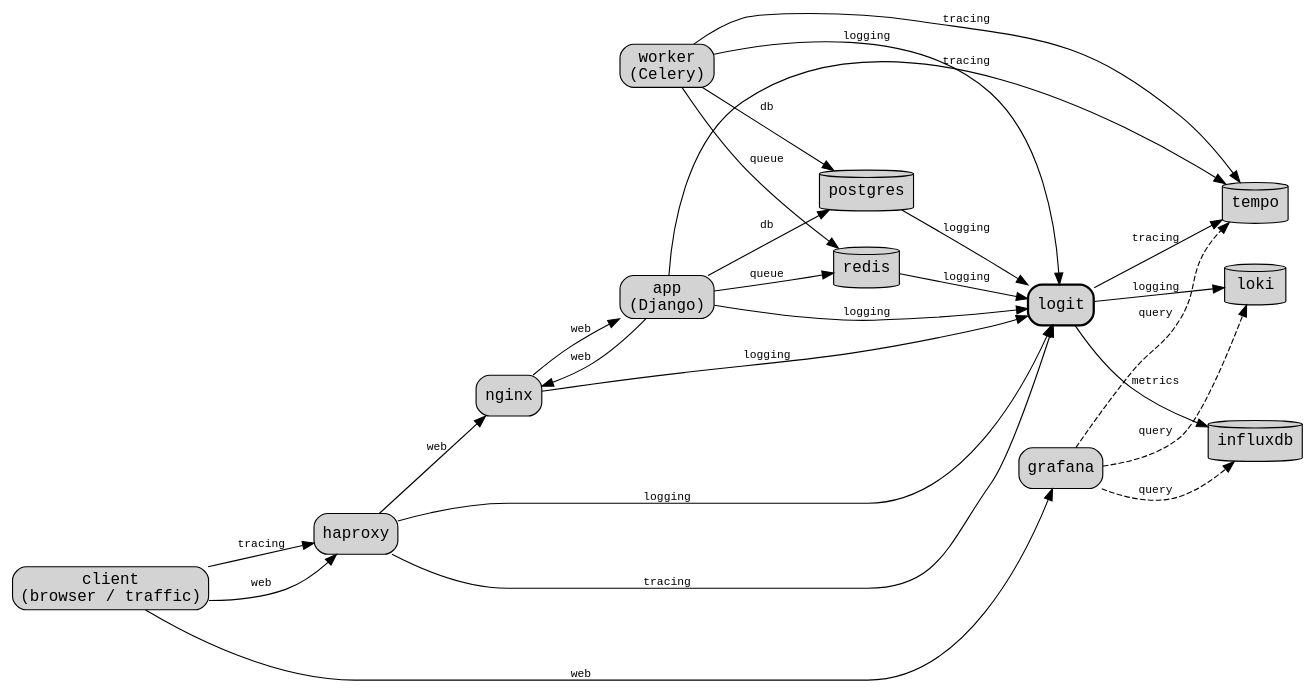
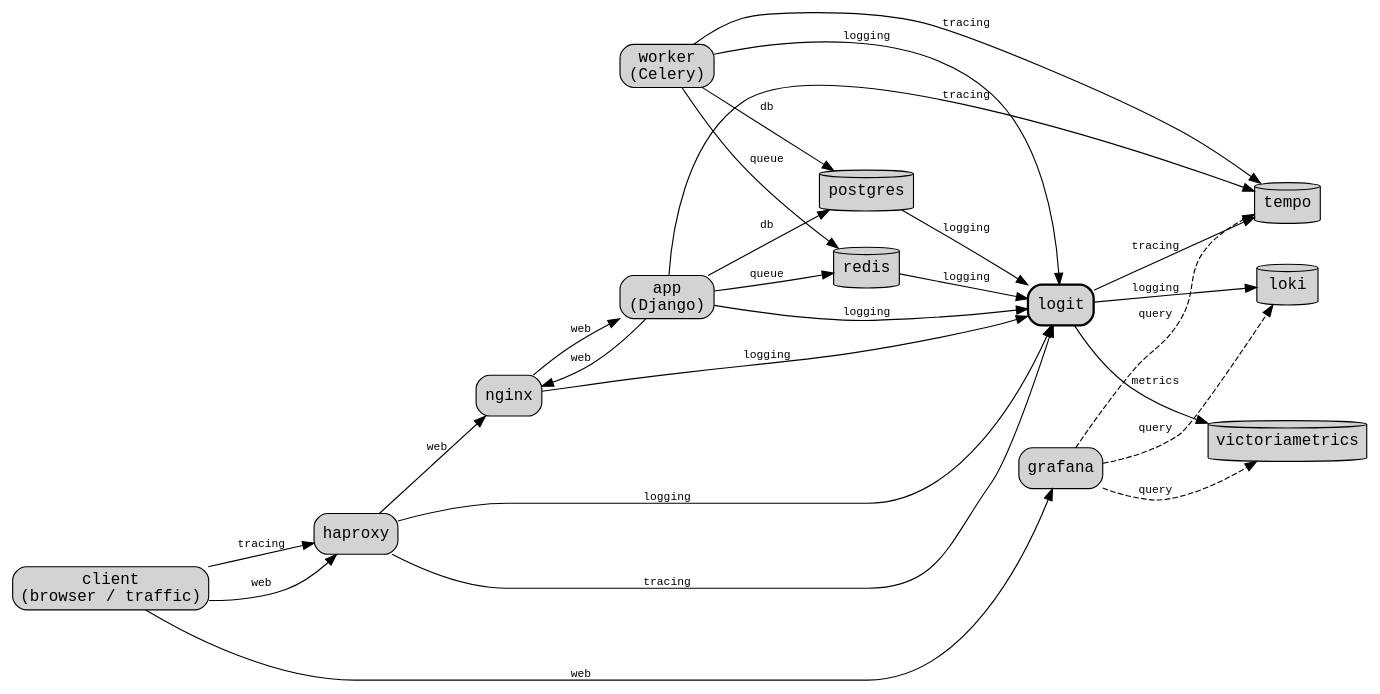
Before and after one commit to ross/logit: the diagram in demo/architecture.dot, drawn with Graphviz. The commit also changed 4 other files, not shown here.

```diff
--- a/demo/architecture.dot
+++ b/demo/architecture.dot
@@ -1,122 +1,122 @@
 // The demo stack's service architecture: who talks to whom, and what *kind* of traffic each
 // edge carries (web / logging / tracing / metrics / db / queue / query). demo/logit.yaml's
 // pipeline diagram (rendered live by `logit graph`, shown below this one on the landing page)
 // covers the other half: `logit`'s internal component graph and the wire protocol each edge
 // uses. The two are deliberately complementary, not overlapping.
 //
 // Hand-authored, not generated: unlike the pipeline diagram, there's no single machine-readable
 // source this could be derived from. "Traffic type" is a human judgment call spanning
 // demo/compose.yaml, demo/logit.yaml, and demo/app/gunicorn.conf.py. So this file CAN drift from
 // reality: when the topology changes, update it by hand alongside the change.
 //
 // Rendered the same way as the pipeline diagram (demo/compose.yaml's `arch-svg`, reusing
 // demo/graph-renderer's Graphviz image), minus the generation step, since this file is already
 // the source.
 digraph architecture {
   rankdir=LR;
   nodesep=0.45;
   ranksep=0.7;
   node [fontname="monospace"];
   edge [fontname="monospace", fontsize=10];
 
   // `style="filled,..."` with no explicit `fillcolor`, matching crates/logit-cli/src/dot.rs's
   // node styling exactly, so both diagrams use the same default Graphviz lightgrey.
 
   // One node for both the real browser and demo/compose.yaml's `traffic` generator: from
   // haproxy's (or grafana's) point of view they're indistinguishable, and `traffic` exists only
   // to generate demo load, not as part of the architecture proper.
   client [shape=box, style="filled,rounded", label="client\n(browser / traffic)"];
 
   haproxy [shape=box, style="filled,rounded"];
   nginx   [shape=box, style="filled,rounded"];
   app     [shape=box, style="filled,rounded", label="app\n(Django)"];
   worker  [shape=box, style="filled,rounded", label="worker\n(Celery)"];
   logit   [shape=box, style="filled,rounded,bold"];
   grafana [shape=box, style="filled,rounded"];
 
   // Cylinders for the five data stores, the one shape this diagram uses that the pipeline
   // diagram doesn't. `logit graph`'s vocabulary doesn't distinguish "a backend that holds data"
   // from any other sink, but at the architecture level that distinction is the point. `redis` is
   // a broker rather than held data like the other four, but it's grouped here rather than given
   // a sixth shape for one node.
-  loki     [shape=cylinder, style=filled];
-  tempo    [shape=cylinder, style=filled];
-  influxdb [shape=cylinder, style=filled];
-  postgres [shape=cylinder, style=filled];
-  redis    [shape=cylinder, style=filled];
+  loki            [shape=cylinder, style=filled];
+  tempo           [shape=cylinder, style=filled];
+  victoriametrics [shape=cylinder, style=filled];
+  postgres        [shape=cylinder, style=filled];
+  redis           [shape=cylinder, style=filled];
 
   // -- Web: the request path, plus the re-entrant hop `/work` adds -------------------------
   // (docs/plans/demo-richer-traces.md): app calling back into nginx's /inner is a second,
   // independent "web" edge in the opposite direction from nginx -> app, not a reuse of it. The
   // request genuinely re-enters the chain partway rather than looping in place.
   client  -> haproxy [label="web"];
   haproxy -> nginx   [label="web"];
   nginx   -> app     [label="web"];
   app     -> nginx   [label="web"];
   client  -> grafana [label="web"];
 
   // -- Logging: every tier's logs reach `logit` ---------------------------------------------
   // haproxy's, app's, and worker's over syslog. nginx's, redis's, and postgres's are tailed by
   // `logit` directly off the host: nginx's and redis's Docker json-file logs
   // (docs/adr/file-tailing-and-docker-json-logs.md, this demo's end-to-end proof for that ADR)
   // and postgres's rotating jsonlog directory (`tail_in`, docs/plans/demo-richer-traces.md).
   // Either way it's one "logging" edge: the transport is a detail this diagram doesn't draw
   // (demo/logit.yaml's topology comment has it).
   haproxy  -> logit [label="logging"];
   nginx    -> logit [label="logging"];
   app      -> logit [label="logging"];
   worker   -> logit [label="logging"];
   postgres -> logit [label="logging"];
   redis    -> logit [label="logging"];
   logit    -> loki  [label="logging"];
 
   // -- db: reads/writes against Postgres, from either app-tier process ---------------------
   // Distinct from "query" below, which is Grafana reading back what this stack wrote. This is
   // `app`/`worker` reading and writing their own state over `psycopg`
   // (docs/plans/demo-richer-traces.md). Both processes write: `pages/tasks.py`'s task runs in
   // the `worker` process.
   app    -> postgres [label="db"];
   worker -> postgres [label="db"];
 
   // -- queue: Celery's broker traffic -------------------------------------------------------
   // `app` publishes (`.delay()`, pages/views.py's `work`); `worker` consumes. Two directed edges
   // for one exchange, like `nginx -> app`/`app -> nginx` above, rather than implying a single
   // bidirectional one (docs/plans/demo-richer-traces.md).
   app    -> redis [label="queue"];
   worker -> redis [label="queue"];
 
   // -- Tracing: three paths into Tempo ------------------------------------------------------
   // The landing page's browser SDK (demo/app/browser/telemetry.js) POSTs OTLP/HTTP traces to
   // haproxy on the page's own origin, and haproxy's `is_otlp` ACL forwards `/v1/*` to `logit`'s
   // `browser_in`. Same-origin through haproxy, not straight to `logit`, because `otlp_in` has no
   // CORS support (demo/haproxy/haproxy.cfg). These are drawn as their own "tracing" edges, apart
   // from the "web" and "logging" edges that share their endpoints. Only a real browser takes this
   // path: `traffic` is a `curl` loop and sends none.
   //
   // `logit`'s own internal spans travel the `logit -> tempo` edge, and so do haproxy's/nginx's
   // real access-line spans (docs/adr/trace-context-span-lifting.md's `span:` block), derived
   // from the same log line the "logging" edges above already show: one wire, two signals, no new
   // edge. `app`'s request/database-client/Celery-producer spans and `worker`'s
   // Celery-consumer/database-client spans go straight to Tempo's OTLP receiver instead,
   // deliberately bypassing `logit` (docs/plans/demo-tracing-stack.md's "Decisions already
   // settled"). Not every telemetry leg needs `logit` in front of it, and this diagram shows that
   // honestly rather than drawing an edge through `logit` that doesn't exist. `postgres` and
   // `redis` get no edge into `tempo`, because neither runs an SDK: postgres's trace id reaches
   // Loki only, via its "logging" edge, and redis's log carries none (its "logging" edge is server
   // lines only; the broker traffic is traced from both client ends, `app`'s and `worker`'s Redis
   // CLIENT spans).
   client  -> haproxy [label="tracing"];
   haproxy -> logit   [label="tracing"];
   logit   -> tempo   [label="tracing"];
   app     -> tempo   [label="tracing"];
   worker  -> tempo   [label="tracing"];
 
   // -- Metrics -------------------------------------------------------------------------------
-  logit -> influxdb [label="metrics"];
+  logit -> victoriametrics [label="metrics"];
 
   // -- Query: Grafana reading back what everything else wrote, dashed to set it apart from
   // the push/write traffic above -------------------------------------------------------------
-  grafana -> loki     [label="query", style=dashed];
-  grafana -> tempo    [label="query", style=dashed];
-  grafana -> influxdb [label="query", style=dashed];
+  grafana -> loki            [label="query", style=dashed];
+  grafana -> tempo           [label="query", style=dashed];
+  grafana -> victoriametrics [label="query", style=dashed];
 }
```
